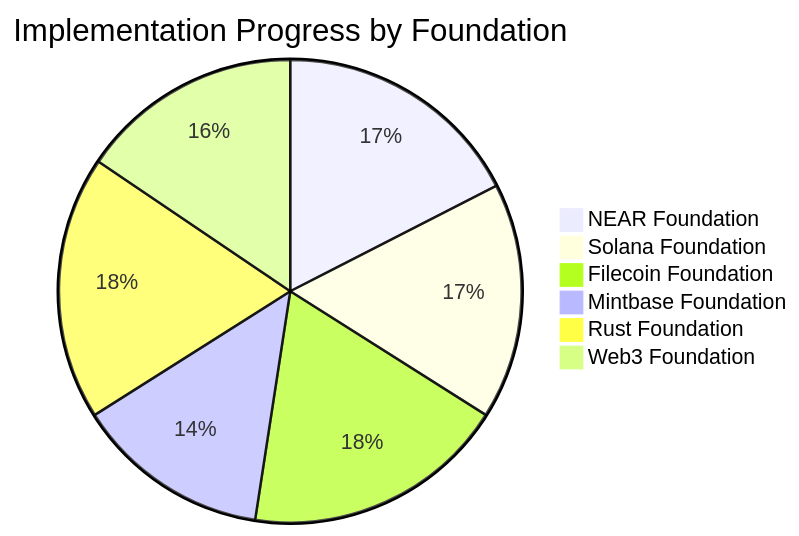
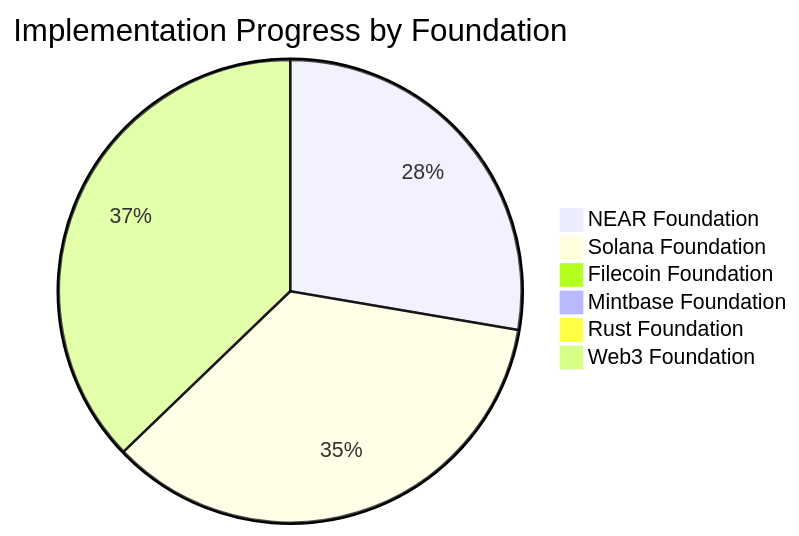
One commit to compiling-org/nft-blockchain-interactive changed the second of 4 diagrams in grant-repositories/README.md. Above: the diagram before and after it, drawn with Mermaid. The commit also changed other lines of this file and 4 other files, not shown here.

Commit message:
docs: brutal reality updates — corrected grant statuses, added reality checks, fixed charts; scripts: honest verification summary

````diff
--- a/grant-repositories/README.md
+++ b/grant-repositories/README.md
@@ -53,9 +55,9 @@
 ```mermaid
 pie title Implementation Progress by Foundation
-    "NEAR Foundation" : 90
+    "NEAR Foundation" : 67
     "Solana Foundation" : 85
-    "Filecoin Foundation" : 95
-    "Mintbase Foundation" : 70
-    "Rust Foundation" : 95
-    "Web3 Foundation" : 80
+    "Filecoin Foundation" : 0
+    "Mintbase Foundation" : 0
+    "Rust Foundation" : 0
+    "Web3 Foundation" : 90
 ```
````
